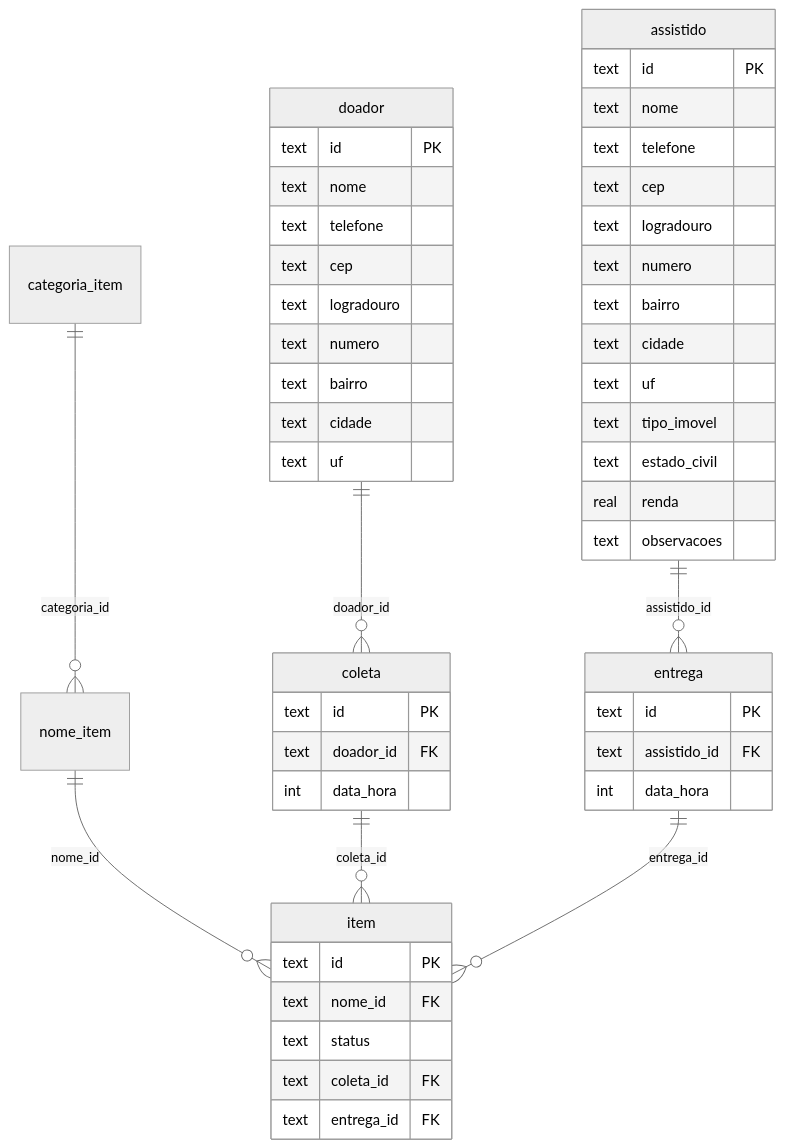
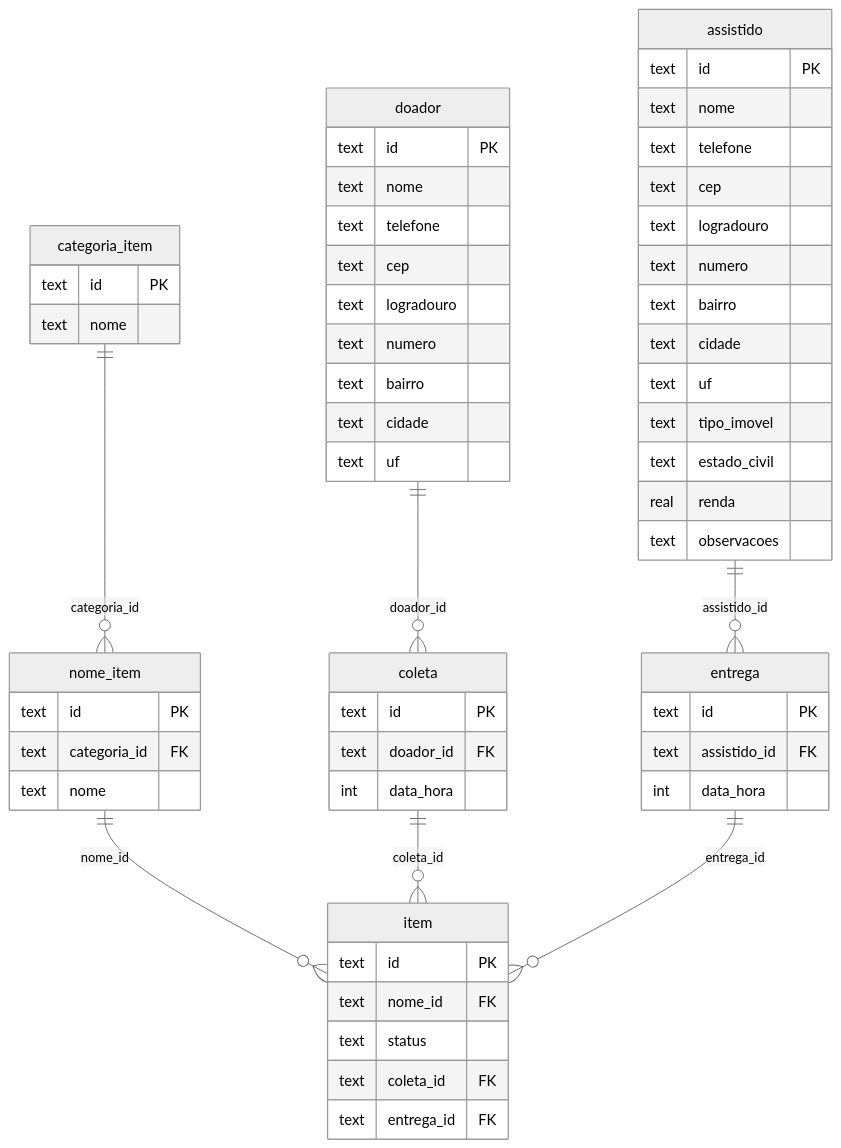
Before and after one commit to luiztosk/sistema-doacoes-2: the diagram in docs/modelos-db.md, drawn with Mermaid (neutral theme). The commit also changed other lines of this file and 14 other files, not shown here.

````diff
--- a/docs/modelos-db.md
+++ b/docs/modelos-db.md
@@ -315,57 +316,68 @@
 ```mermaid
 erDiagram
   categoria_item ||--o{ nome_item : categoria_id
   nome_item ||--o{ item : nome_id
   doador ||--o{ coleta : doador_id
   assistido ||--o{ entrega : assistido_id
   coleta ||--o{ item : coleta_id
   entrega ||--o{ item : entrega_id
+
+  categoria_item {
+    text id PK
+    text nome
+  }
+
+  nome_item {
+    text id PK
+    text categoria_id FK
+    text nome
+  }
 
   assistido {
     text id PK
     text nome
     text telefone
     text cep
     text logradouro
     text numero
     text bairro
     text cidade
     text uf
     text tipo_imovel
     text estado_civil
     real renda
     text observacoes
   }
 
   doador {
     text id PK
     text nome
     text telefone
     text cep
     text logradouro
     text numero
     text bairro
     text cidade
     text uf
   }
 
   item {
     text id PK
     text nome_id FK
     text status
     text coleta_id FK
     text entrega_id FK
   }
 
   coleta {
     text id PK
     text doador_id FK
     int data_hora
   }
 
   entrega {
     text id PK
     text assistido_id FK
     int data_hora
   }
 ```
````
